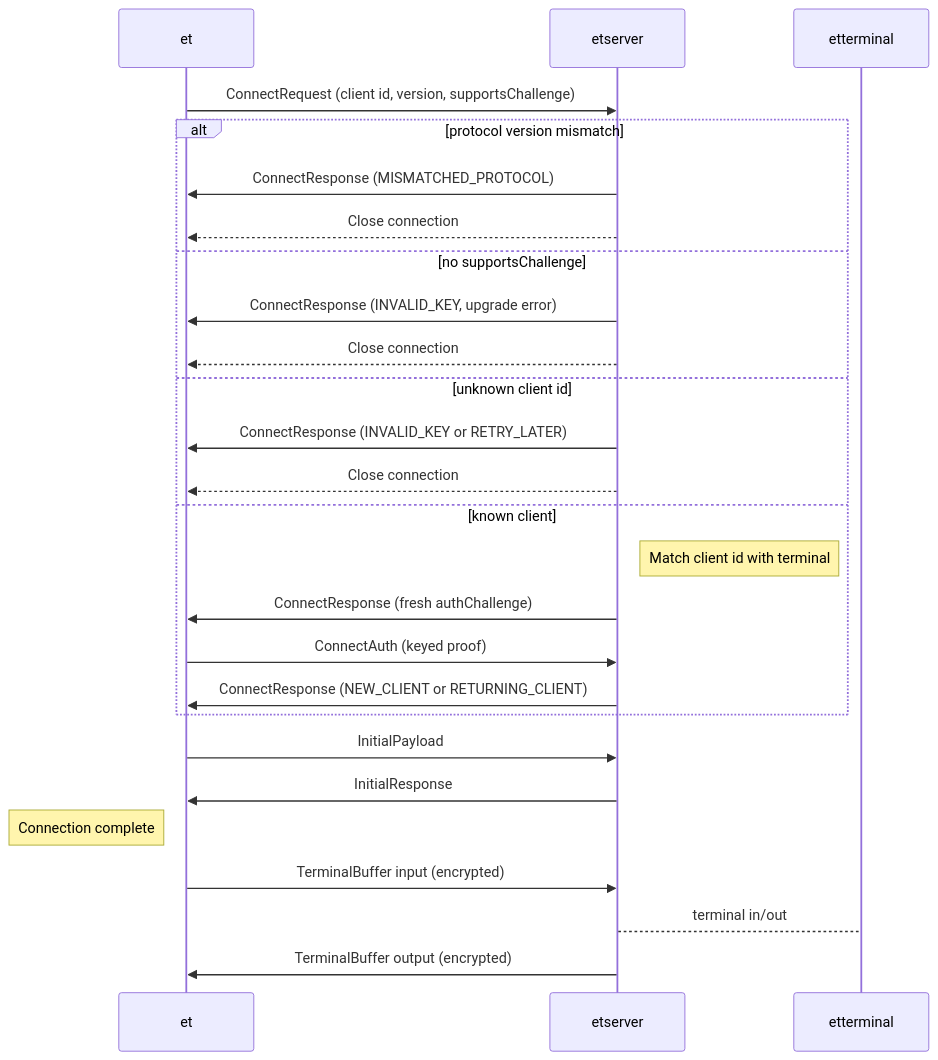
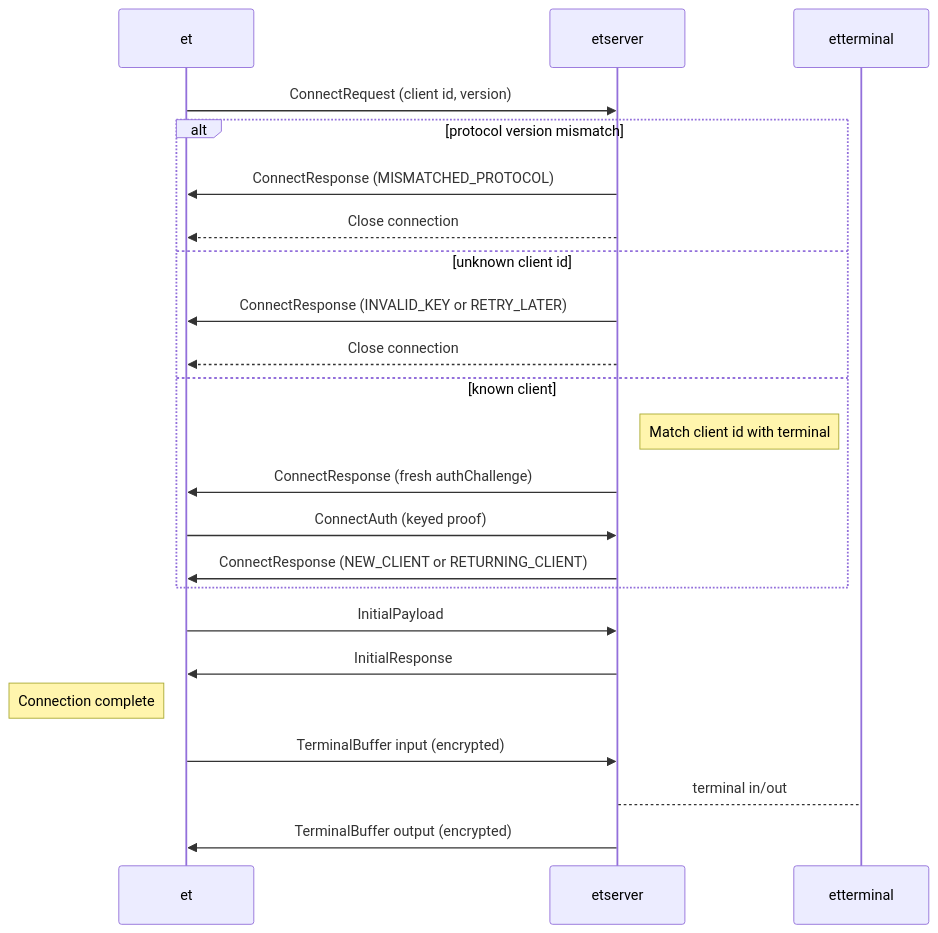
The second of 5 diagrams in docs/protocol.md (MisterTea/EternalTerminal), drawn with Mermaid before and after one commit. The commit also changed other lines of this file and 7 other files, not shown here.

````diff
--- a/docs/protocol.md
+++ b/docs/protocol.md
@@ -64,32 +64,29 @@
 ```mermaid
 sequenceDiagram
     participant et
     participant etserver
     participant etterminal
     
-    et->>etserver: ConnectRequest (client id, version, supportsChallenge)
+    et->>etserver: ConnectRequest (client id, version)
     alt protocol version mismatch
         etserver->>et: ConnectResponse (MISMATCHED_PROTOCOL)
-        etserver-->>et: Close connection
-    else no supportsChallenge
-        etserver->>et: ConnectResponse (INVALID_KEY, upgrade error)
         etserver-->>et: Close connection
     else unknown client id
         etserver->>et: ConnectResponse (INVALID_KEY or RETRY_LATER)
         etserver-->>et: Close connection
     else known client
         Note right of etserver: Match client id with terminal
         etserver->>et: ConnectResponse (fresh authChallenge)
         et->>etserver: ConnectAuth (keyed proof)
         etserver->>et: ConnectResponse (NEW_CLIENT or RETURNING_CLIENT)
     end
 
     et->>etserver: InitialPayload
     etserver->>et: InitialResponse
 
     Note left of et: Connection complete
 
     et->>etserver: TerminalBuffer input (encrypted)
     etserver-->etterminal: terminal in/out
     etserver->>et: TerminalBuffer output (encrypted)
 ```
````
